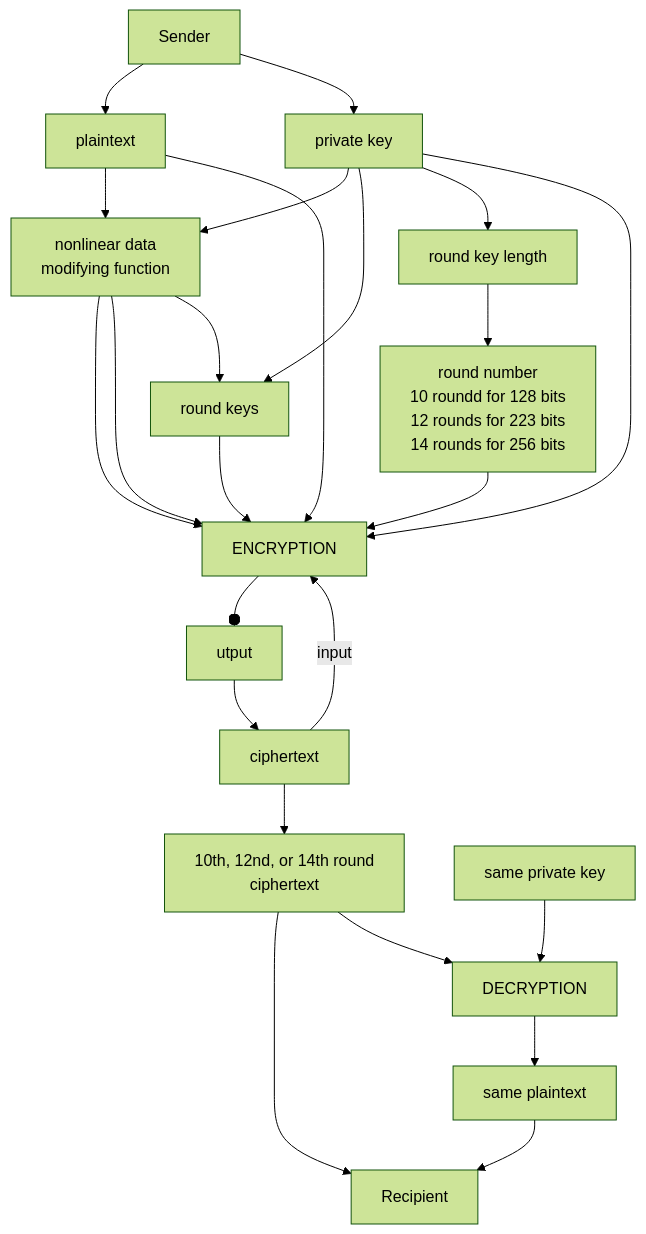
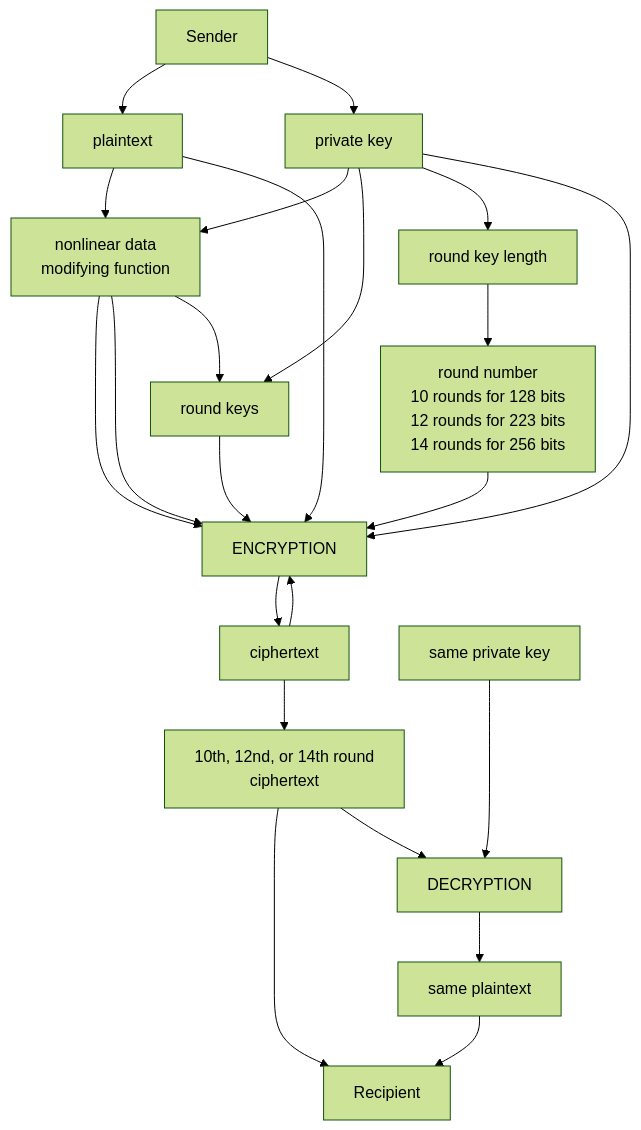
One commit to Kietpawpan/encryption changed the diagram in README.md. Above: the diagram before and after it, drawn with Mermaid (forest theme).

````diff
--- a/README.md
+++ b/README.md
@@ -5,15 +5,15 @@
 ```mermaid
 flowchart TD
     A[Sender] --> B[plaintext]-->FC
-    C[private key]-->FC-->D[ENCRYPTION]--output-->E[ciphertext]--input-->D
+    C[private key]-->FC-->D[ENCRYPTION]-->E[ciphertext]-->D
     E-->FN[10th, 12nd, or 14th round\nciphertext]-->F[Recipient]
-    C2[same private key]-->G[DECRYPTION]-->I[same plaintext]-->F
+    C2[same private key]--->G[DECRYPTION]-->I[same plaintext]-->F
      FN-->G
 A-->C
 C-->RK[round keys]-->D
-C-->RKL[round key length]-->RN[round number\n10 roundd for 128 bits\n12 rounds for 223 bits\n14 rounds for 256 bits]-->D
+C-->RKL[round key length]-->RN[round number\n10 rounds for 128 bits\n12 rounds for 223 bits\n14 rounds for 256 bits]-->D
 FC[nonlinear data \nmodifying function]-->D
 FC-->RK
 B-->D
 C-->D
 ```
````
